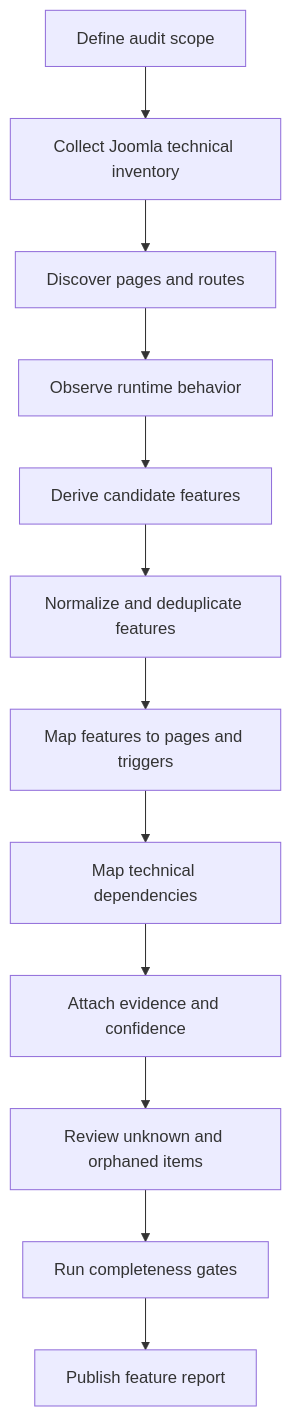
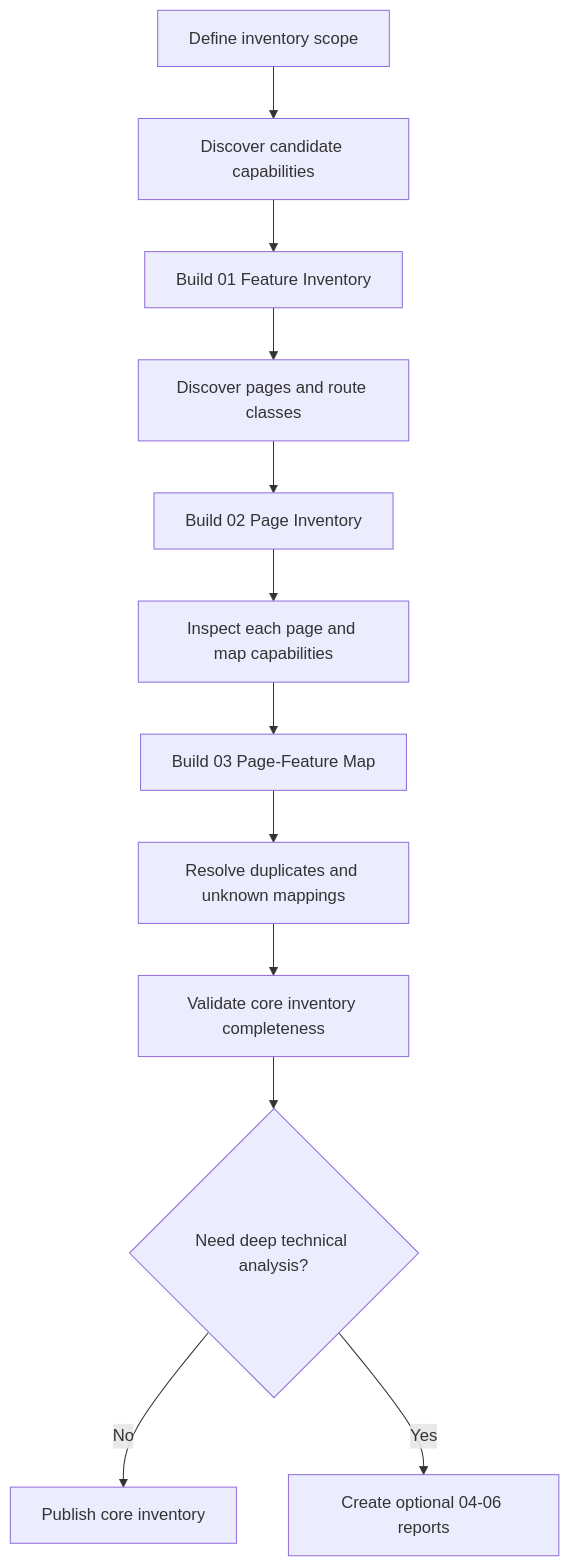
The diagram in docs/joomla/learning/report/features/README.md (duyduyly/php-notebook), drawn with Mermaid before and after one commit. The commit also changed other lines of this file, not shown here.

Commit message:
Refine Joomla feature inventory core reports and optional reports

````diff
--- a/docs/joomla/learning/report/features/README.md
+++ b/docs/joomla/learning/report/features/README.md
@@ -620,14 +325,14 @@
 ```mermaid
 flowchart TD
-    A[Define audit scope] --> B[Collect Joomla technical inventory]
-    B --> C[Discover pages and routes]
-    C --> D[Observe runtime behavior]
-    D --> E[Derive candidate features]
-    E --> F[Normalize and deduplicate features]
-    F --> G[Map features to pages and triggers]
-    G --> H[Map technical dependencies]
-    H --> I[Attach evidence and confidence]
-    I --> J[Review unknown and orphaned items]
-    J --> K[Run completeness gates]
-    K --> L[Publish feature report]
+    A[Define inventory scope] --> B[Discover candidate capabilities]
+    B --> C[Build 01 Feature Inventory]
+    C --> D[Discover pages and route classes]
+    D --> E[Build 02 Page Inventory]
+    E --> F[Inspect each page and map capabilities]
+    F --> G[Build 03 Page-Feature Map]
+    G --> H[Resolve duplicates and unknown mappings]
+    H --> I[Validate core inventory completeness]
+    I --> J{Need deep technical analysis?}
+    J -- No --> K[Publish core inventory]
+    J -- Yes --> L[Create optional 04-06 reports]
 ```
````
